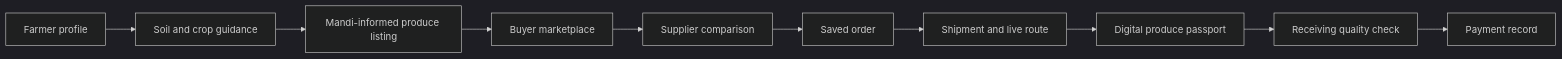
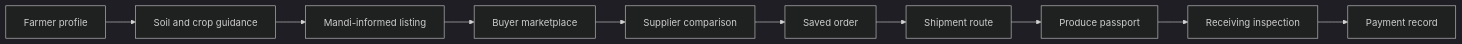
The diagram in README.md (Sam02i/agrioptima-ai), drawn with Mermaid (dark theme) before and after one commit. The commit also changed other lines of this file, not shown here.

````diff
--- a/README.md
+++ b/README.md
@@ -52,12 +49,12 @@
 ```mermaid
 flowchart LR
-    A[Farmer profile] --> B[Soil and crop guidance]
-    B --> C[Mandi-informed produce listing]
-    C --> D[Buyer marketplace]
-    D --> E[Supplier comparison]
-    E --> F[Saved order]
-    F --> G[Shipment and live route]
-    G --> H[Digital produce passport]
-    H --> I[Receiving quality check]
-    I --> J[Payment record]
+    A["Farmer profile"] --> B["Soil and crop guidance"]
+    B --> C["Mandi-informed listing"]
+    C --> D["Buyer marketplace"]
+    D --> E["Supplier comparison"]
+    E --> F["Saved order"]
+    F --> G["Shipment route"]
+    G --> H["Produce passport"]
+    H --> I["Receiving inspection"]
+    I --> J["Payment record"]
 ```
````
